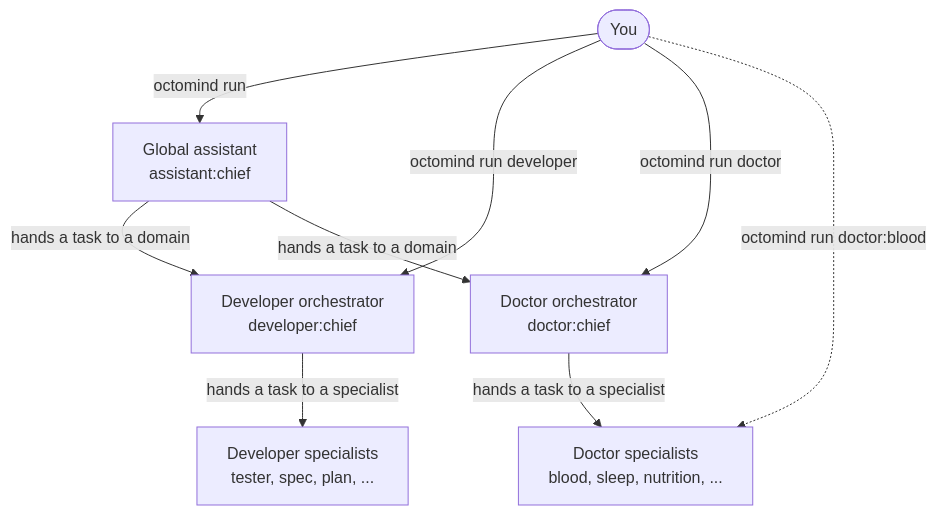
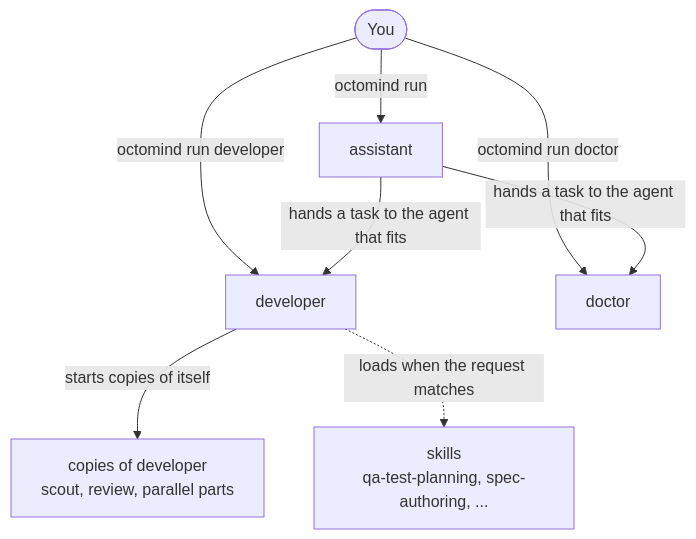
One commit to Muvon/octomind-tap changed the diagram in ARCHITECTURE.md. Above: the diagram before and after it, drawn with Mermaid. The commit also changed other lines of this file and 628 other files, not shown here.

First line of the commit message:
refactor!: flatten agent manifests and move specialties into skills

````diff
--- a/ARCHITECTURE.md
+++ b/ARCHITECTURE.md
@@ -124,18 +122,17 @@
 ```mermaid
 flowchart TD
     user([You])
-    global["Global assistant<br/>assistant:chief"]
-    dev["Developer orchestrator<br/>developer:chief"]
-    doc["Doctor orchestrator<br/>doctor:chief"]
-    devs["Developer specialists<br/>tester, spec, plan, ..."]
-    docs["Doctor specialists<br/>blood, sleep, nutrition, ..."]
+    global["assistant"]
+    dev["developer"]
+    doc["doctor"]
+    copies["copies of developer<br/>scout, review, parallel parts"]
+    skills["skills<br/>qa-test-planning, spec-authoring, ..."]
 
     user -->|octomind run| global
     user -->|octomind run developer| dev
     user -->|octomind run doctor| doc
-    user -.->|octomind run doctor:blood| docs
-    global -->|hands a task to a domain| dev
-    global -->|hands a task to a domain| doc
-    dev -->|hands a task to a specialist| devs
-    doc -->|hands a task to a specialist| docs
+    global -->|hands a task to the agent that fits| dev
+    global -->|hands a task to the agent that fits| doc
+    dev -->|starts copies of itself| copies
+    dev -.->|loads when the request matches| skills
 ```
````
